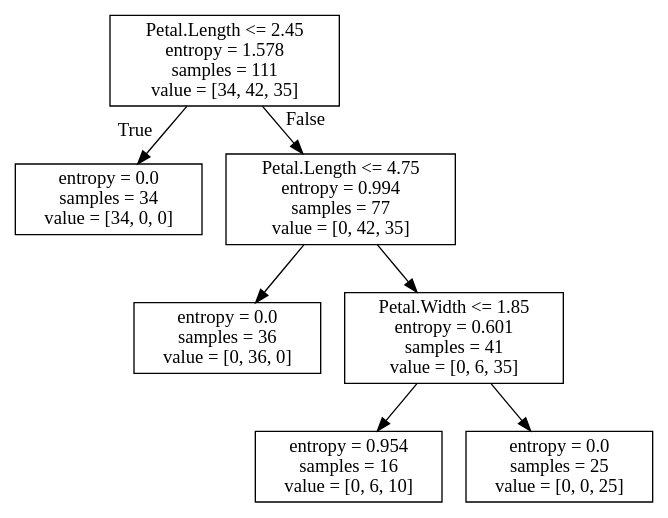
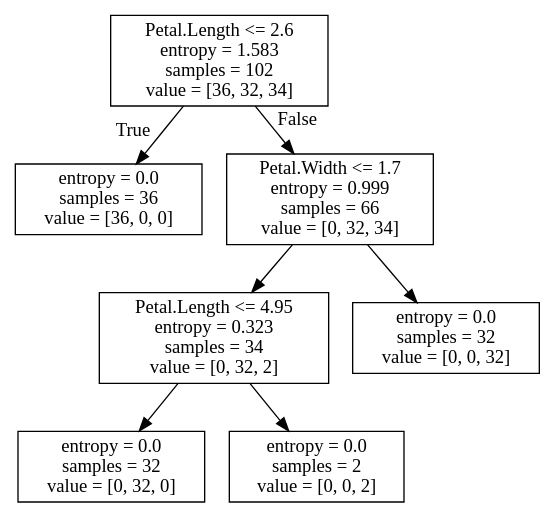
Before and after one commit to nschmidtg/machine_learning_studies: the diagram in python-ml-course/notebooks/resources/iris_dtree.dot, drawn with Graphviz. The commit also changed 6 other files, not shown here.

```diff
--- a/python-ml-course/notebooks/resources/iris_dtree.dot
+++ b/python-ml-course/notebooks/resources/iris_dtree.dot
@@ -1,16 +1,16 @@
 digraph Tree {
 node [shape=box] ;
-0 [label="Petal.Length <= 2.45\nentropy = 1.578\nsamples = 111\nvalue = [34, 42, 35]"] ;
-1 [label="entropy = 0.0\nsamples = 34\nvalue = [34, 0, 0]"] ;
+0 [label="Petal.Length <= 2.6\nentropy = 1.583\nsamples = 102\nvalue = [36, 32, 34]"] ;
+1 [label="entropy = 0.0\nsamples = 36\nvalue = [36, 0, 0]"] ;
 0 -> 1 [labeldistance=2.5, labelangle=45, headlabel="True"] ;
-2 [label="Petal.Length <= 4.75\nentropy = 0.994\nsamples = 77\nvalue = [0, 42, 35]"] ;
+2 [label="Petal.Width <= 1.7\nentropy = 0.999\nsamples = 66\nvalue = [0, 32, 34]"] ;
 0 -> 2 [labeldistance=2.5, labelangle=-45, headlabel="False"] ;
-3 [label="entropy = 0.0\nsamples = 36\nvalue = [0, 36, 0]"] ;
+3 [label="Petal.Length <= 4.95\nentropy = 0.323\nsamples = 34\nvalue = [0, 32, 2]"] ;
 2 -> 3 ;
-4 [label="Petal.Width <= 1.85\nentropy = 0.601\nsamples = 41\nvalue = [0, 6, 35]"] ;
-2 -> 4 ;
-5 [label="entropy = 0.954\nsamples = 16\nvalue = [0, 6, 10]"] ;
-4 -> 5 ;
-6 [label="entropy = 0.0\nsamples = 25\nvalue = [0, 0, 25]"] ;
-4 -> 6 ;
+4 [label="entropy = 0.0\nsamples = 32\nvalue = [0, 32, 0]"] ;
+3 -> 4 ;
+5 [label="entropy = 0.0\nsamples = 2\nvalue = [0, 0, 2]"] ;
+3 -> 5 ;
+6 [label="entropy = 0.0\nsamples = 32\nvalue = [0, 0, 32]"] ;
+2 -> 6 ;
 }
```
